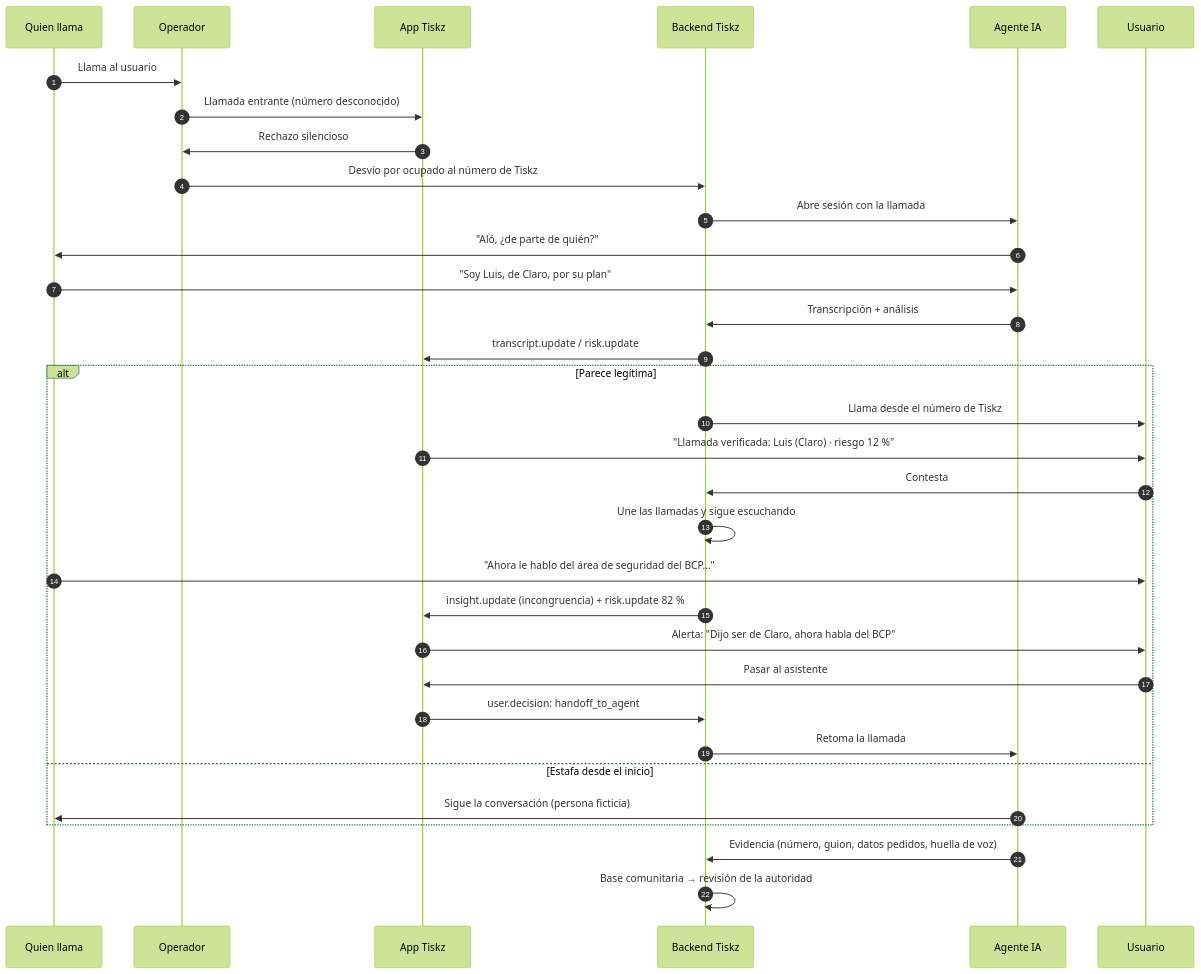
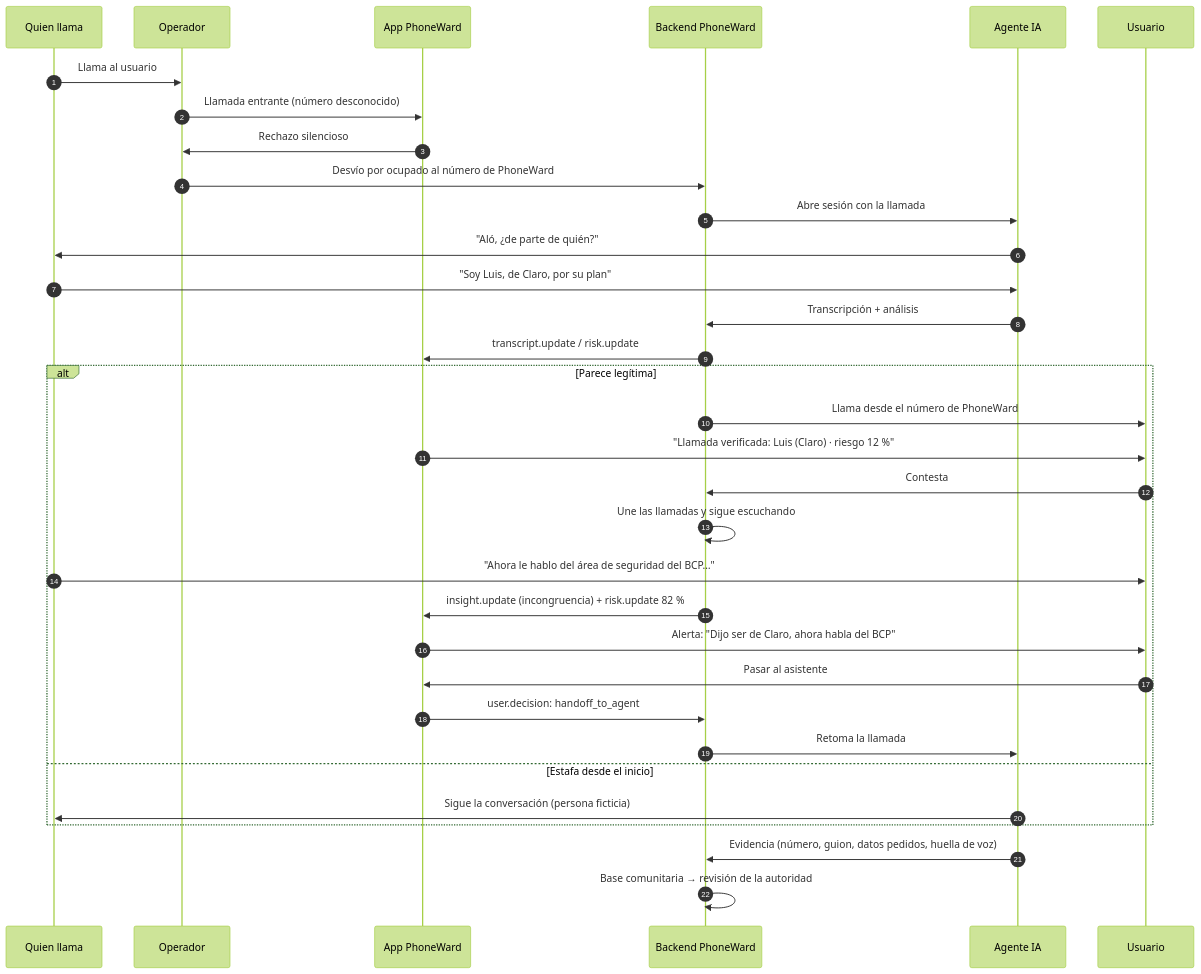
One commit to HackTheAndes-Hackaton/mobile-repo changed the second of 3 diagrams in docs/ANALISIS_Y_FLUJO.md. Above: the diagram before and after it, drawn with Mermaid (forest theme). The commit also changed other lines of this file and 51 other files, not shown here.

First line of the commit message:
feat: renombrar la app de Tiskz a PhoneWard

````diff
--- a/docs/ANALISIS_Y_FLUJO.md
+++ b/docs/ANALISIS_Y_FLUJO.md
@@ -152,36 +152,36 @@
 ```mermaid
 sequenceDiagram
     autonumber
     participant E as Quien llama
     participant O as Operador
-    participant APP as App Tiskz
-    participant B as Backend Tiskz
+    participant APP as App PhoneWard
+    participant B as Backend PhoneWard
     participant AG as Agente IA
     participant U as Usuario
 
     E->>O: Llama al usuario
     O->>APP: Llamada entrante (número desconocido)
     APP->>O: Rechazo silencioso
-    O->>B: Desvío por ocupado al número de Tiskz
+    O->>B: Desvío por ocupado al número de PhoneWard
     B->>AG: Abre sesión con la llamada
     AG->>E: "Aló, ¿de parte de quién?"
     E->>AG: "Soy Luis, de Claro, por su plan"
     AG->>B: Transcripción + análisis
     B->>APP: transcript.update / risk.update
     alt Parece legítima
-        B->>U: Llama desde el número de Tiskz
+        B->>U: Llama desde el número de PhoneWard
         APP->>U: "Llamada verificada: Luis (Claro) · riesgo 12 %"
         U->>B: Contesta
         B->>B: Une las llamadas y sigue escuchando
         E->>U: "Ahora le hablo del área de seguridad del BCP…"
         B->>APP: insight.update (incongruencia) + risk.update 82 %
         APP->>U: Alerta: "Dijo ser de Claro, ahora habla del BCP"
         U->>APP: Pasar al asistente
         APP->>B: user.decision: handoff_to_agent
         B->>AG: Retoma la llamada
     else Estafa desde el inicio
         AG->>E: Sigue la conversación (persona ficticia)
     end
     AG->>B: Evidencia (número, guion, datos pedidos, huella de voz)
     B->>B: Base comunitaria → revisión de la autoridad
 ```
````
